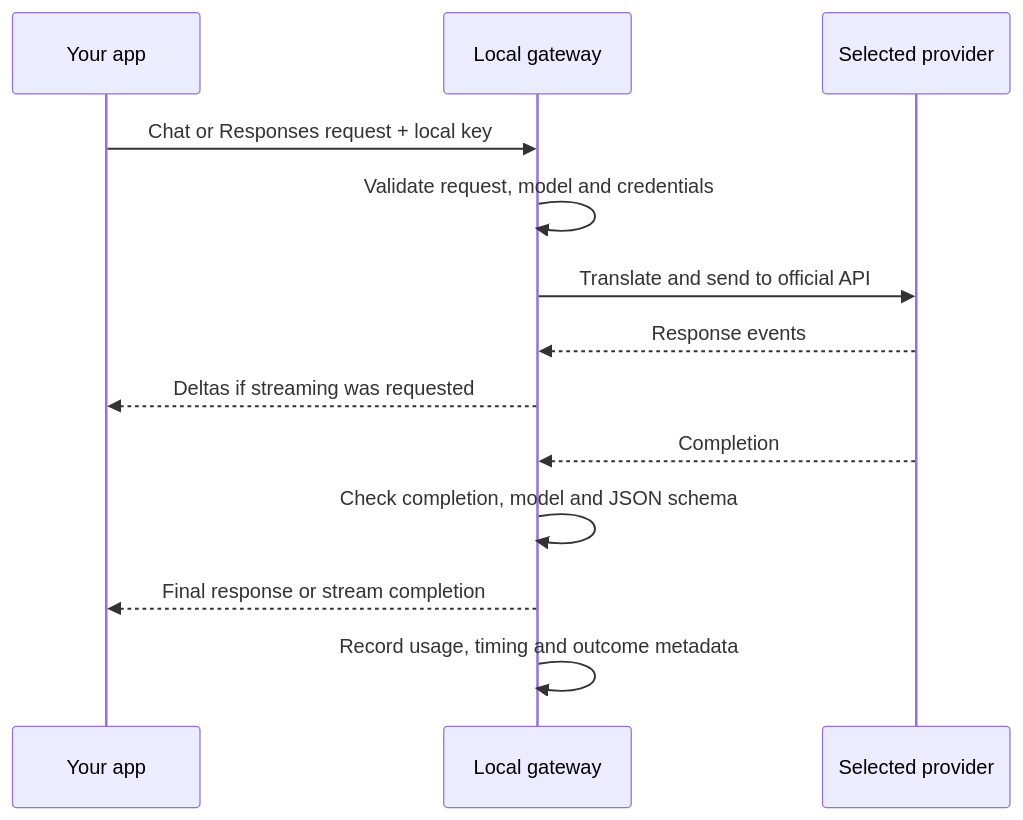
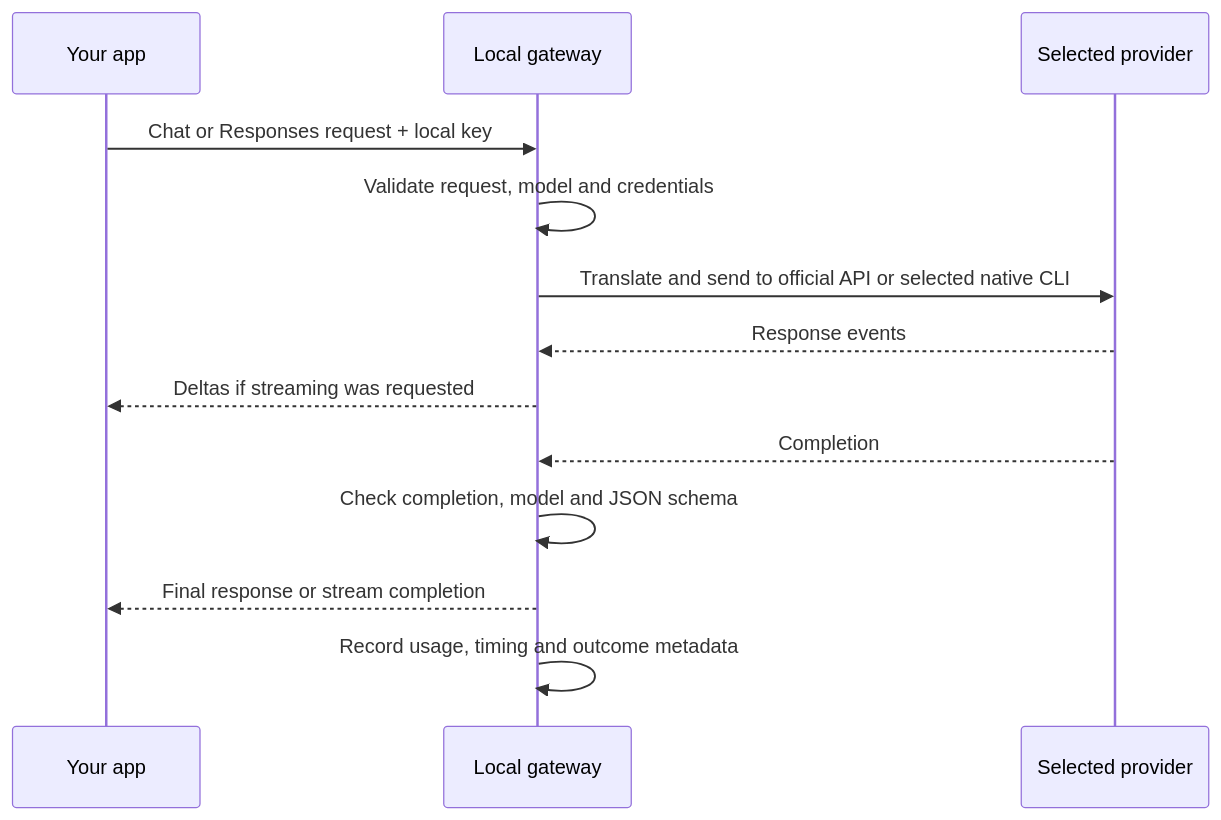
Before and after one commit to Nerdstorm/ClaudexOpenRouter: the second of 2 diagrams in README.md, drawn with Mermaid. The commit also changed other lines of this file and 23 other files, not shown here.

````diff
--- a/README.md
+++ b/README.md
@@ -78,15 +174,15 @@
 ```mermaid
 sequenceDiagram
     participant App as Your app
     participant Gateway as Local gateway
     participant Provider as Selected provider
     App->>Gateway: Chat or Responses request + local key
     Gateway->>Gateway: Validate request, model and credentials
-    Gateway->>Provider: Translate and send to official API
+    Gateway->>Provider: Translate and send to official API or selected native CLI
     Provider-->>Gateway: Response events
     Gateway-->>App: Deltas if streaming was requested
     Provider-->>Gateway: Completion
     Gateway->>Gateway: Check completion, model and JSON schema
     Gateway-->>App: Final response or stream completion
     Gateway->>Gateway: Record usage, timing and outcome metadata
 ```
````
